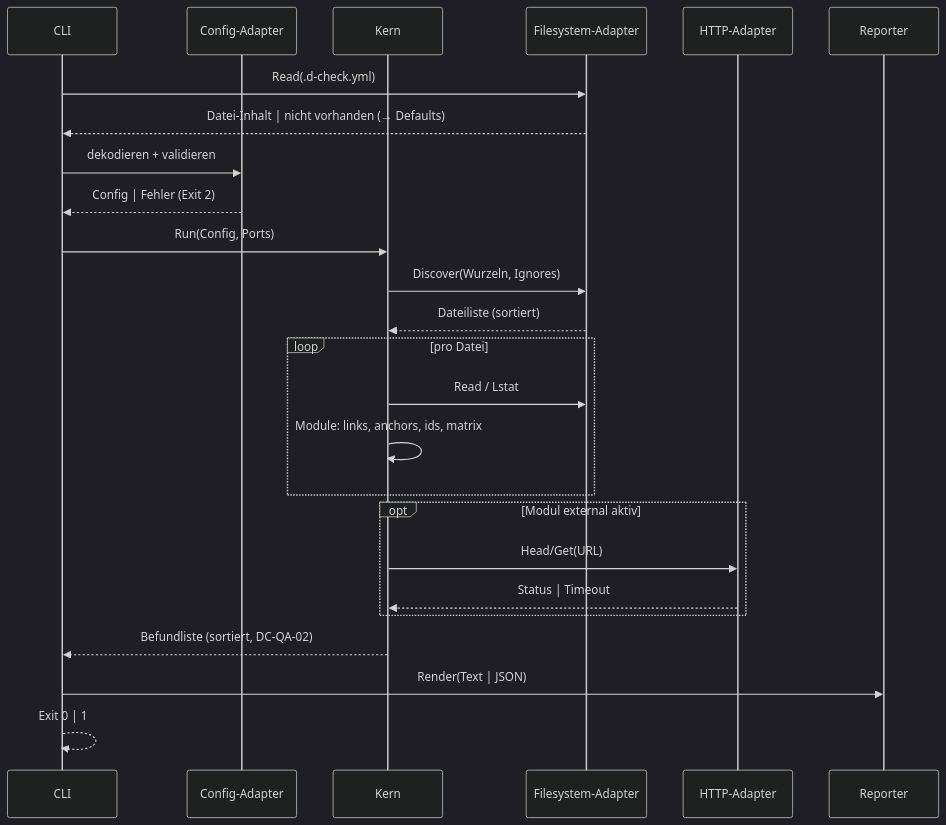
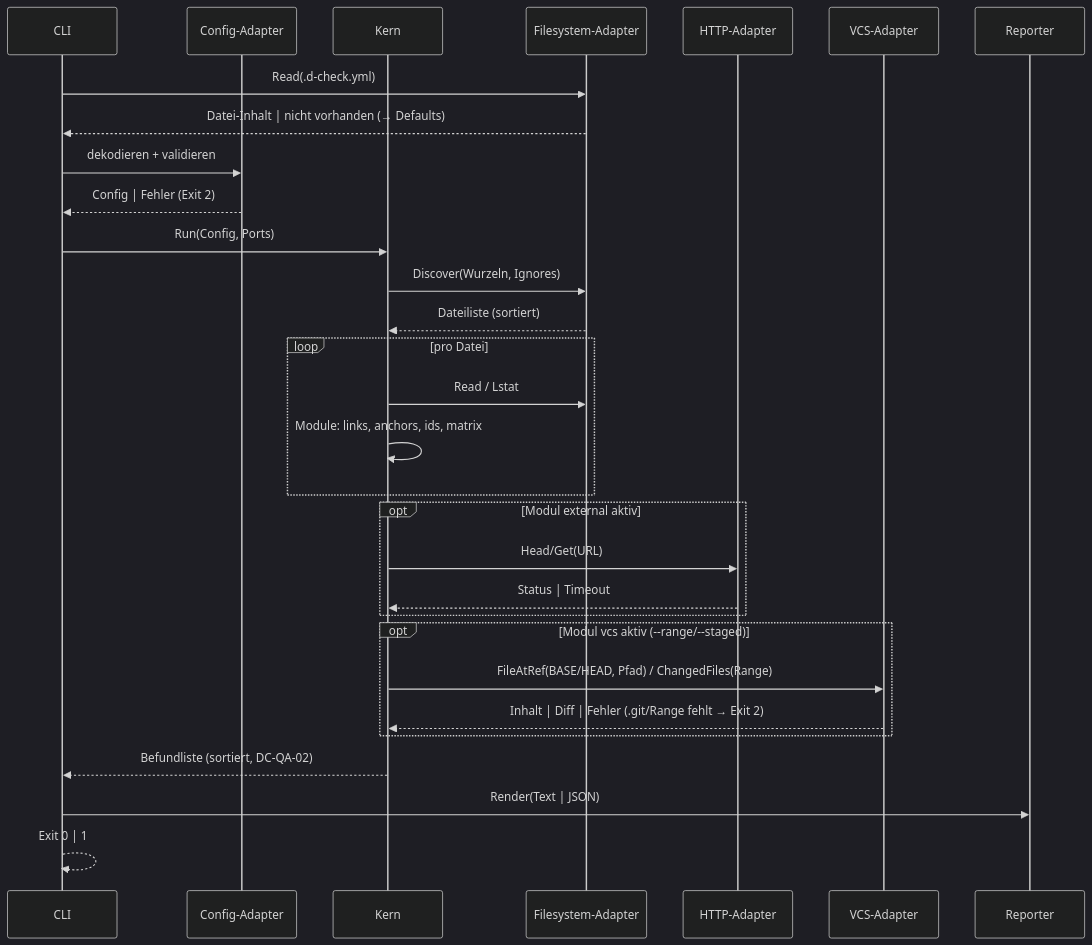
Before and after one commit to pt9912/d-check: the second of 2 diagrams in spec/architecture.md, drawn with Mermaid (dark theme). The commit also changed other lines of this file and 26 other files, not shown here.

````diff
--- a/spec/architecture.md
+++ b/spec/architecture.md
@@ -77,28 +81,33 @@
 ```mermaid
 sequenceDiagram
     participant CLI
     participant CFG as Config-Adapter
     participant CORE as Kern
     participant FS as Filesystem-Adapter
     participant HTTP as HTTP-Adapter
+    participant VCS as VCS-Adapter
     participant REP as Reporter
 
     CLI->>FS: Read(.d-check.yml)
     FS-->>CLI: Datei-Inhalt | nicht vorhanden (→ Defaults)
     CLI->>CFG: dekodieren + validieren
     CFG-->>CLI: Config | Fehler (Exit 2)
     CLI->>CORE: Run(Config, Ports)
     CORE->>FS: Discover(Wurzeln, Ignores)
     FS-->>CORE: Dateiliste (sortiert)
     loop pro Datei
         CORE->>FS: Read / Lstat
         CORE->>CORE: Module: links, anchors, ids, matrix
     end
     opt Modul external aktiv
         CORE->>HTTP: Head/Get(URL)
         HTTP-->>CORE: Status | Timeout
     end
+    opt Modul vcs aktiv (--range/--staged)
+        CORE->>VCS: FileAtRef(BASE/HEAD, Pfad) / ChangedFiles(Range)
+        VCS-->>CORE: Inhalt | Diff | Fehler (.git/Range fehlt → Exit 2)
+    end
     CORE-->>CLI: Befundliste (sortiert, DC-QA-02)
     CLI->>REP: Render(Text | JSON)
     CLI-->>CLI: Exit 0 | 1
 ```
````
